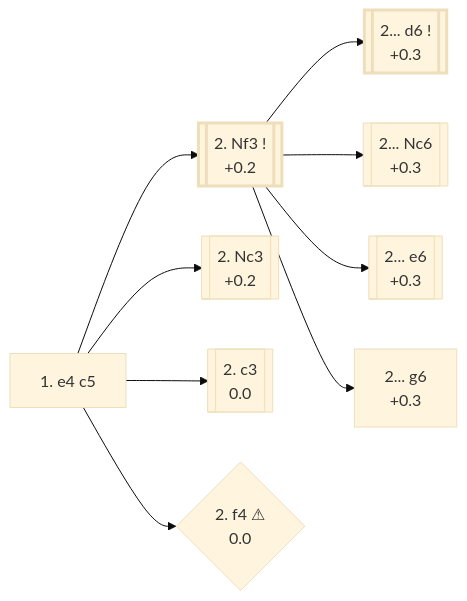
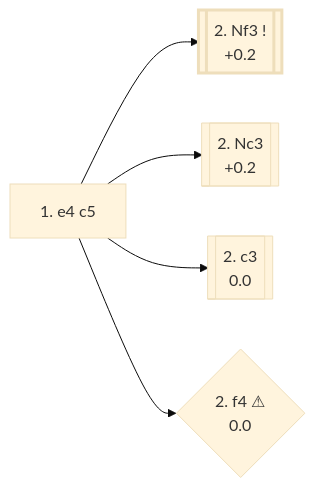
The diagram in e4_openings/B20_Sicilian.md (onclemarcel/chess_flashcards), drawn with Mermaid (base theme) before and after one commit. The commit also changed other lines of this file and 22 other files, not shown here.

````diff
--- a/e4_openings/B20_Sicilian.md
+++ b/e4_openings/B20_Sicilian.md
@@ -12,25 +14,16 @@
 ```mermaid
 flowchart LR
     classDef main stroke-width:3px;
 
     c5["1. e4 c5"]
     click c5 "#_initial_move_" "B20 · Sicilian Defense"
 
     c5 --> Nf3[["2. Nf3 !<br/>+0.2"]]:::main
-    click Nf3 "#_Nf3_" "B20 · Sicilian Defense: Open Sicilian"
+    click Nf3 "https://github.com/onclemarcel/chess_flashcards/blob/main/e4_openings/B27_Sicilian_Open.md" "B27 · Sicilian Defense"
     c5 --> Nc3[["2. Nc3<br/>+0.2"]]
-    click Nc3 "#_Nc3_" "B23 · Sicilian Defense: Closed Variation"
+    click Nc3 "https://github.com/onclemarcel/chess_flashcards/blob/main/e4_openings/B23_Sicilian_Closed.md" "B23 · Sicilian Defense: Closed"
     c5 --> c3[["2. c3<br/>0.0"]]
-    click c3 "#_c3_" "B22 · Sicilian Defense: Alapin Variation"
+    click c3 "https://github.com/onclemarcel/chess_flashcards/blob/main/e4_openings/B22_Sicilian_Alapin.md" "B22 · Sicilian Defense: Alapin Variation"
     c5 --> f4{"2. f4 ⚠<br/>0.0"}
-    click f4 "#_f4_" "B21 · Sicilian Defense: Grand Prix Attack"
-
-    Nf3 --> d6[["2... d6 !<br/>+0.3"]]:::main
-    click d6 "https://github.com/onclemarcel/chess_flashcards/blob/main/e4_openings/B50_Sicilian_d6_Open.md" "B50 · Sicilian Defense, Open"
-    Nf3 --> Nc6b[["2... Nc6<br/>+0.3"]]
-    click Nc6b "https://github.com/onclemarcel/chess_flashcards/blob/main/e4_openings/B30_Sicilian_Nc6_Open.md" "B30 · Sicilian Defense, 2... Nc6"
-    Nf3 --> e6b[["2... e6<br/>+0.3"]]
-    click e6b "https://github.com/onclemarcel/chess_flashcards/blob/main/e4_openings/B40_Sicilian_e6_Open.md" "B40 · Sicilian Defense, 2... e6"
-    Nf3 --> g6b["2... g6<br/>+0.3"]
-    click g6b "https://github.com/onclemarcel/chess_flashcards/blob/main/e4_openings/B34_Sicilian_g6_Accelerated_Dragon.md" "B34 · Sicilian Defense: Accelerated Dragon"
+    click f4 "https://github.com/onclemarcel/chess_flashcards/blob/main/e4_openings/B21_Sicilian_McDonnell_Smith_Morra.md" "B21 · Sicilian Defense: McDonnell Attack"
 ```
````
